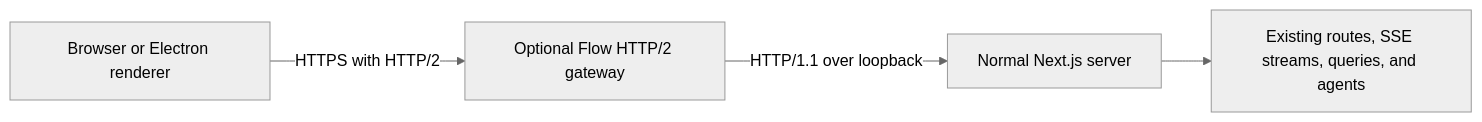
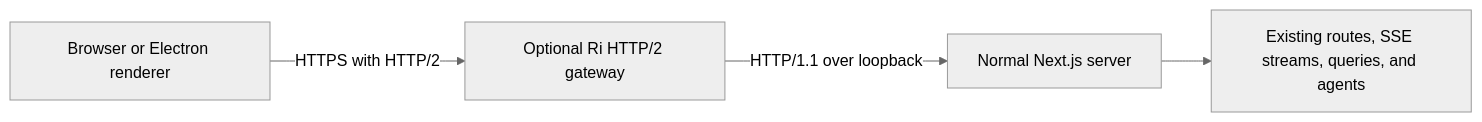
Before and after one commit to treyhuffine/ai-task-manager: the diagram in docs/optional-http2-spec.md, drawn with Mermaid (neutral theme). The commit also changed other lines of this file and 303 other files, not shown here.

First line of the commit message:
refactor(brand): rename Flow to Ri across app, CLI, and docs

````diff
--- a/docs/optional-http2-spec.md
+++ b/docs/optional-http2-spec.md
@@ -20,6 +20,6 @@
 ```mermaid
 flowchart LR
-  Browser[Browser or Electron renderer] -->|HTTPS with HTTP/2| Gateway[Optional Flow HTTP/2 gateway]
+  Browser[Browser or Electron renderer] -->|HTTPS with HTTP/2| Gateway[Optional Ri HTTP/2 gateway]
   Gateway -->|HTTP/1.1 over loopback| Next[Normal Next.js server]
   Next --> App[Existing routes, SSE streams, queries, and agents]
 ```
````
